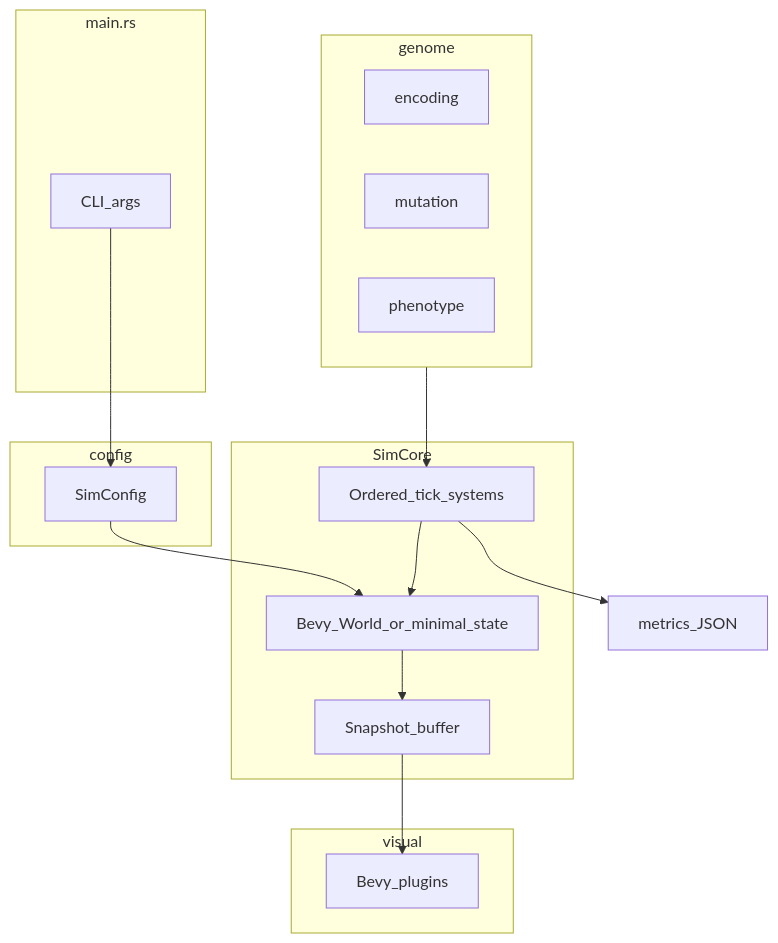
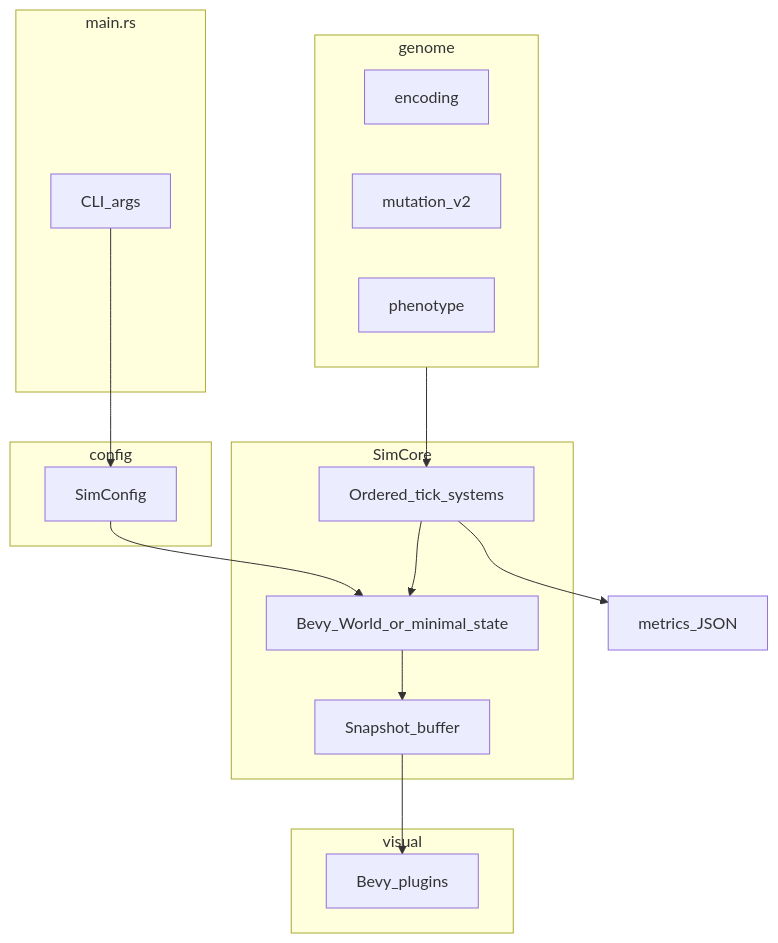
Before and after one commit to CodapopKSP/Microcosm: the diagram in docs/ARCHITECTURE.md, drawn with Mermaid. The commit also changed other lines of this file and 66 other files, not shown here.

````diff
--- a/docs/ARCHITECTURE.md
+++ b/docs/ARCHITECTURE.md
@@ -7,29 +7,29 @@
 ```mermaid
 flowchart TB
   subgraph cli [main.rs]
     Args[CLI_args]
   end
   subgraph config [config]
     TOML[SimConfig]
   end
   subgraph core [SimCore]
     World[Bevy_World_or_minimal_state]
     Systems[Ordered_tick_systems]
     Snap[Snapshot_buffer]
   end
   subgraph genome_mod [genome]
     Enc[encoding]
-    Mut[mutation]
+    Mut[mutation_v2]
     Phen[phenotype]
   end
   subgraph visual_mod [visual]
   Bevy[Bevy_plugins]
   end
   Args --> TOML
   TOML --> World
   genome_mod --> Systems
   Systems --> World
   World --> Snap
   Snap --> Bevy
   Systems --> Metrics[metrics_JSON]
 ```
````
